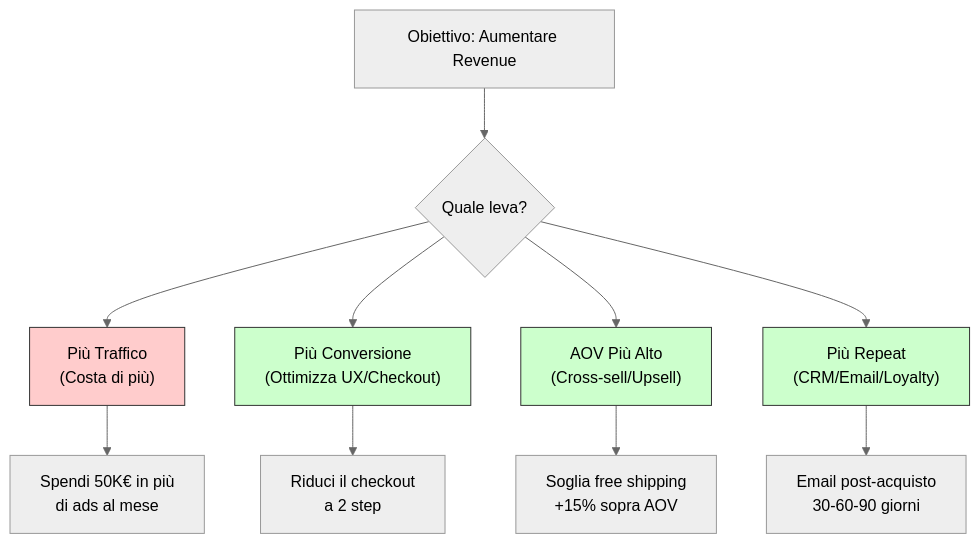
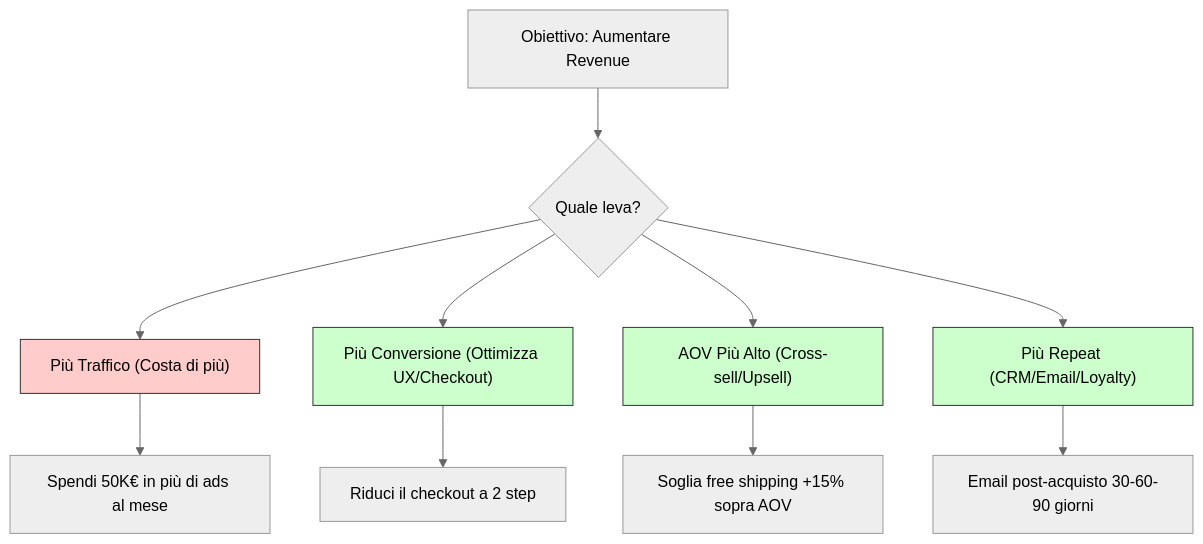
Before and after one commit to AndreyBertasini/gynnitech: the diagram in src/content/blog/ecommerce-analytics.mdx, drawn with Mermaid (neutral theme). The commit also changed 11 other files, not shown here.

First line of the commit message:
fix(blog): fix mermaid syntax errors for v11.12.2 compatibility

````diff
--- a/src/content/blog/ecommerce-analytics.mdx
+++ b/src/content/blog/ecommerce-analytics.mdx
@@ -150,18 +150,18 @@
 ```mermaid
 graph TD
     A["Obiettivo: Aumentare Revenue"] --> B{Quale leva?}
-    B --> C["Più Traffico<br>(Costa di più)"]
-    B --> D["Più Conversione<br>(Ottimizza UX/Checkout)"]
-    B --> E["AOV Più Alto<br>(Cross-sell/Upsell)"]
-    B --> F["Più Repeat<br>(CRM/Email/Loyalty)"]
+    B --> C["Più Traffico (Costa di più)"]
+    B --> D["Più Conversione (Ottimizza UX/Checkout)"]
+    B --> E["AOV Più Alto (Cross-sell/Upsell)"]
+    B --> F["Più Repeat (CRM/Email/Loyalty)"]
     
-    C --> G["Spendi 50K€ in più<br>di ads al mese"]
-    D --> H["Riduci il checkout<br>a 2 step"]
-    E --> I["Soglia free shipping<br>+15% sopra AOV"]
-    F --> J["Email post-acquisto<br>30-60-90 giorni"]
+    C --> G["Spendi 50K€ in più di ads al mese"]
+    D --> H["Riduci il checkout a 2 step"]
+    E --> I["Soglia free shipping +15% sopra AOV"]
+    F --> J["Email post-acquisto 30-60-90 giorni"]
     
     style D fill:#ccffcc,stroke:#333
     style E fill:#ccffcc,stroke:#333
     style F fill:#ccffcc,stroke:#333
     style C fill:#ffcccc,stroke:#333
 ```
````
